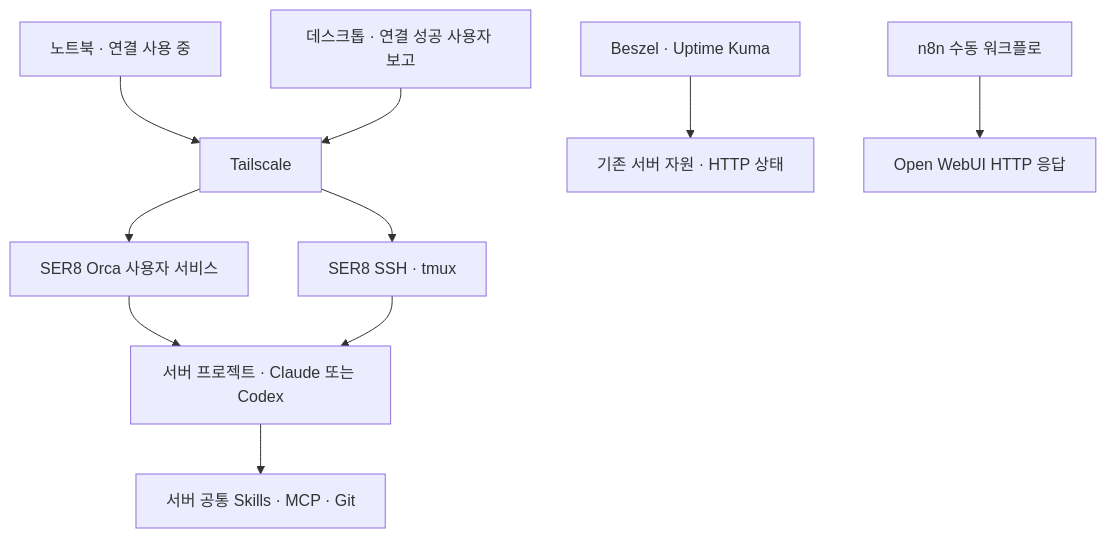
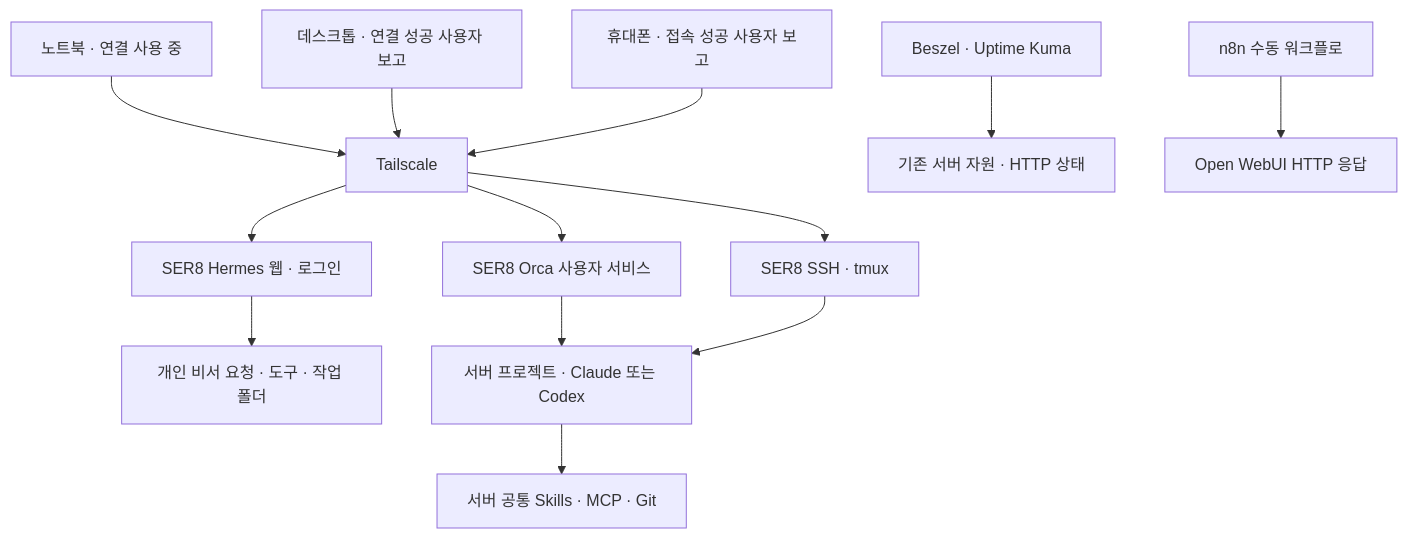
One commit to kosmos-s/ser8-home-server-ai changed the diagram in usage-guide.md. Above: the diagram before and after it, drawn with Mermaid. The commit also changed other lines of this file and 16 other files, not shown here.

````diff
--- a/usage-guide.md
+++ b/usage-guide.md
@@ -58,12 +71,15 @@
 ```mermaid
 flowchart TD
     N["노트북 · 연결 사용 중"] --> T["Tailscale"]
     D["데스크톱 · 연결 성공 사용자 보고"] --> T
+    P["휴대폰 · 접속 성공 사용자 보고"] --> T
     T --> O["SER8 Orca 사용자 서비스"]
     T --> S["SER8 SSH · tmux"]
+    T --> B["SER8 Hermes 웹 · 로그인"]
+    B --> R["개인 비서 요청 · 도구 · 작업 폴더"]
     O --> W["서버 프로젝트 · Claude 또는 Codex"]
     S --> W
     W --> C["서버 공통 Skills · MCP · Git"]
     M["Beszel · Uptime Kuma"] --> H["기존 서버 자원 · HTTP 상태"]
     A["n8n 수동 워크플로"] --> U["Open WebUI HTTP 응답"]
 ```
````
